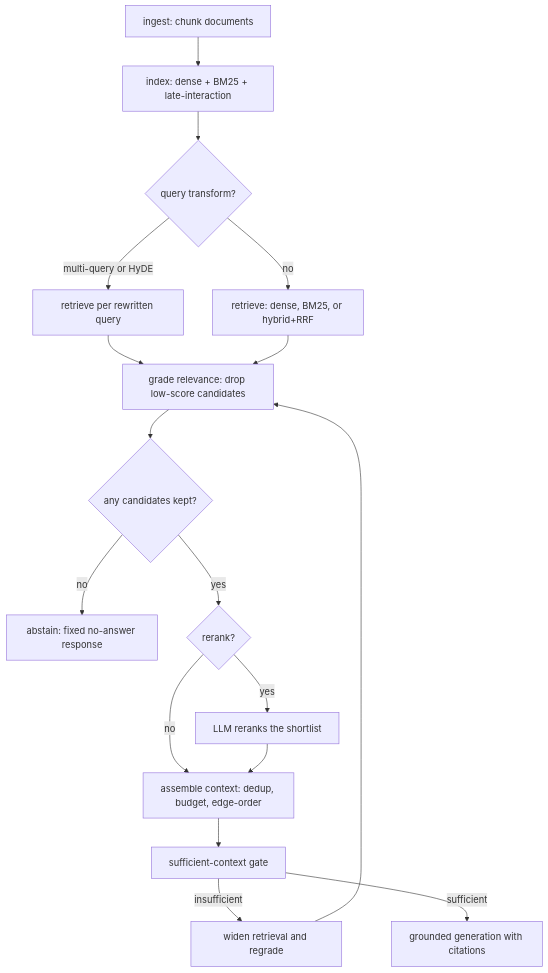
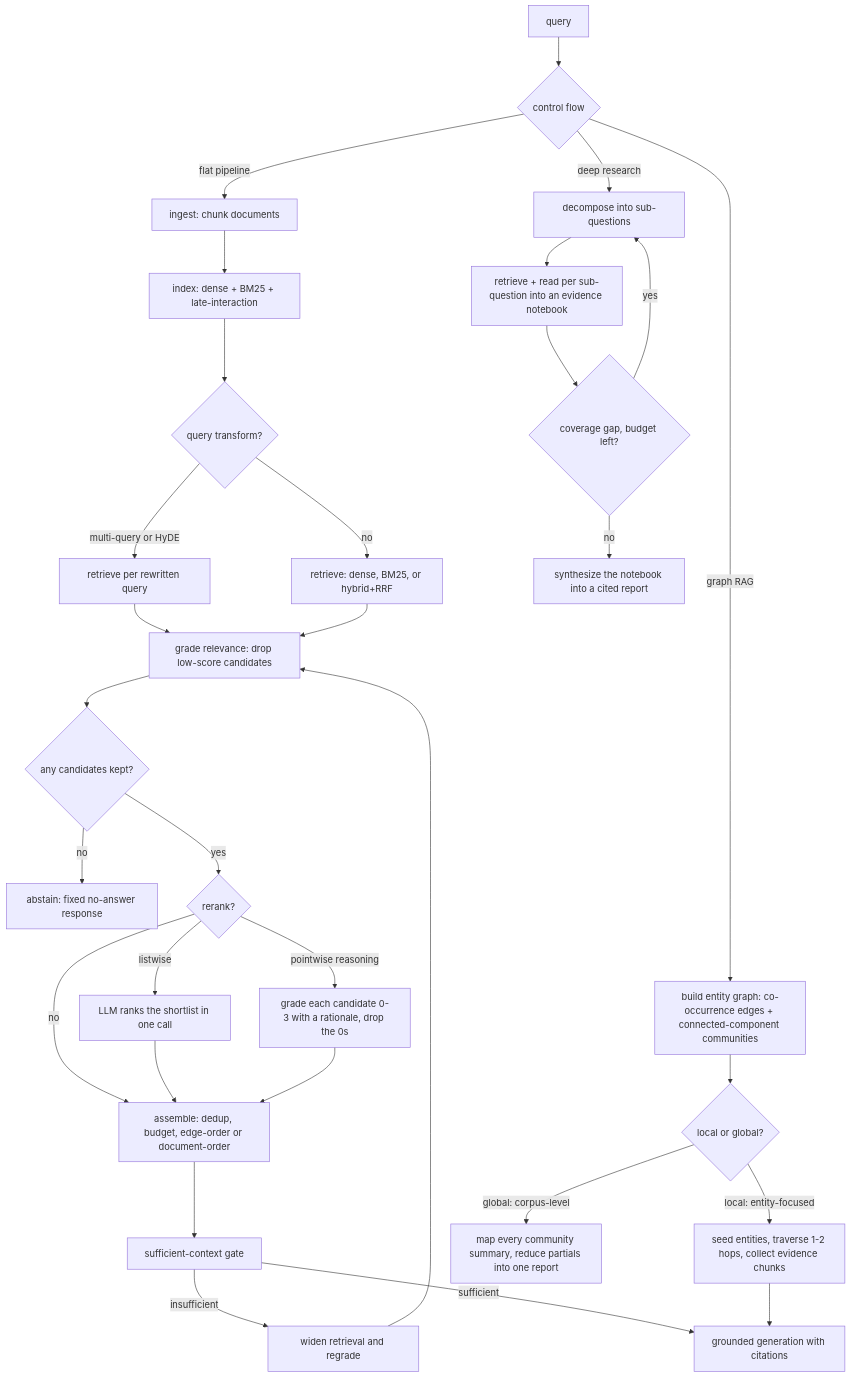
Before and after one commit to SarthakB11/agentic-patterns: the diagram in patterns/rag/README.md, drawn with Mermaid. The commit also changed other lines of this file and 11 other files, not shown here.

First line of the commit message:
Deepen RAG: deep research loops, graph retrieval, order preservation

````diff
--- a/patterns/rag/README.md
+++ b/patterns/rag/README.md
@@ -13,19 +13,35 @@
 ```mermaid
 flowchart TD
-    A[ingest: chunk documents] --> B[index: dense + BM25 + late-interaction]
+    Q[query] --> Mode{control flow}
+
+    Mode -->|flat pipeline| A[ingest: chunk documents]
+    A --> B[index: dense + BM25 + late-interaction]
     B --> C{query transform?}
     C -->|multi-query or HyDE| D[retrieve per rewritten query]
     C -->|no| E[retrieve: dense, BM25, or hybrid+RRF]
     D --> F
     E --> F[grade relevance: drop low-score candidates]
     F --> G{any candidates kept?}
     G -->|no| H[abstain: fixed no-answer response]
     G -->|yes| I{rerank?}
-    I -->|yes| J[LLM reranks the shortlist]
-    I -->|no| K[assemble context: dedup, budget, edge-order]
-    J --> K
+    I -->|listwise| J1[LLM ranks the shortlist in one call]
+    I -->|pointwise reasoning| J2[grade each candidate 0-3 with a rationale, drop the 0s]
+    I -->|no| K[assemble: dedup, budget, edge-order or document-order]
+    J1 --> K
+    J2 --> K
     K --> L[sufficient-context gate]
     L -->|insufficient| M[widen retrieval and regrade]
     M --> F
     L -->|sufficient| N[grounded generation with citations]
+
+    Mode -->|deep research| O[decompose into sub-questions]
+    O --> P[retrieve + read per sub-question into an evidence notebook]
+    P --> R{coverage gap, budget left?}
+    R -->|yes| O
+    R -->|no| S[synthesize the notebook into a cited report]
+
+    Mode -->|graph RAG| T[build entity graph: co-occurrence edges + connected-component communities]
+    T --> U{local or global?}
+    U -->|local: entity-focused| V[seed entities, traverse 1-2 hops, collect evidence chunks] --> N
+    U -->|global: corpus-level| W[map every community summary, reduce partials into one report]
 ```
````
